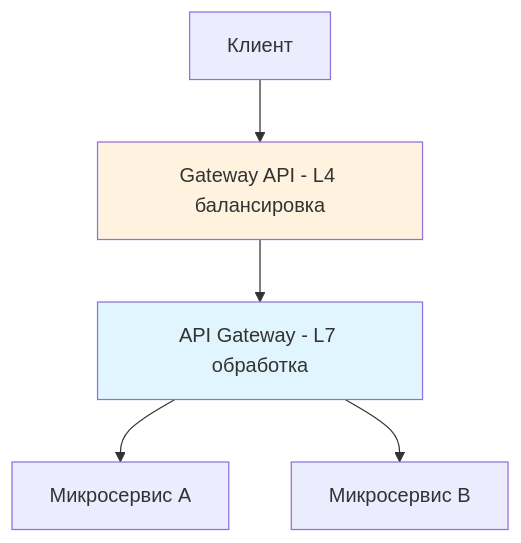
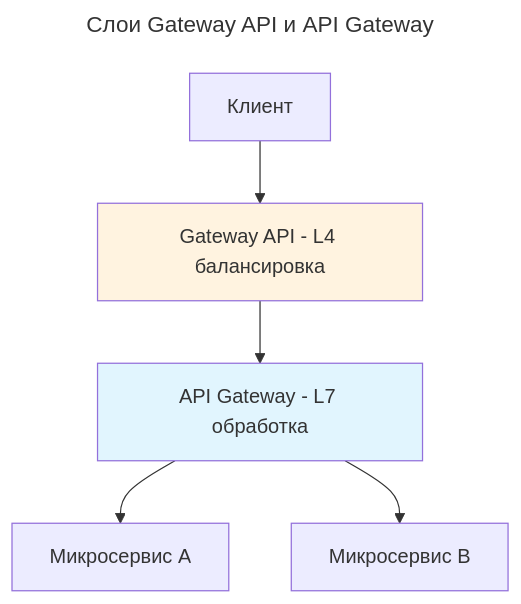
Before and after one commit to mrtxee/enterprise-developer-almanac: the diagram in software-engineer/pattern/enterprise-patterns/API Gateway.md, drawn with Mermaid. The commit also changed other lines of this file and 40 other files, not shown here.

````diff
--- a/software-engineer/pattern/enterprise-patterns/API Gateway.md
+++ b/software-engineer/pattern/enterprise-patterns/API Gateway.md
@@ -98,10 +122,13 @@
 ```mermaid
+---
+title: Слои Gateway API и API Gateway
+---
 graph TD
-    Client[Клиент] --> GatewayAPI[Gateway API - L4 балансировка]
-    GatewayAPI --> APIGateway[API Gateway - L7 обработка]
-    APIGateway --> ServiceA[Микросервис A]
-    APIGateway --> ServiceB[Микросервис B]
-    
-    style APIGateway fill:#e1f5fe
-    style GatewayAPI fill:#fff3e0
+  Client[Клиент] --> GatewayAPI[Gateway API - L4 балансировка]
+  GatewayAPI --> APIGateway[API Gateway - L7 обработка]
+  APIGateway --> ServiceA[Микросервис A]
+  APIGateway --> ServiceB[Микросервис B]
+
+  style APIGateway fill:#e1f5fe
+  style GatewayAPI fill:#fff3e0
 ```
````
